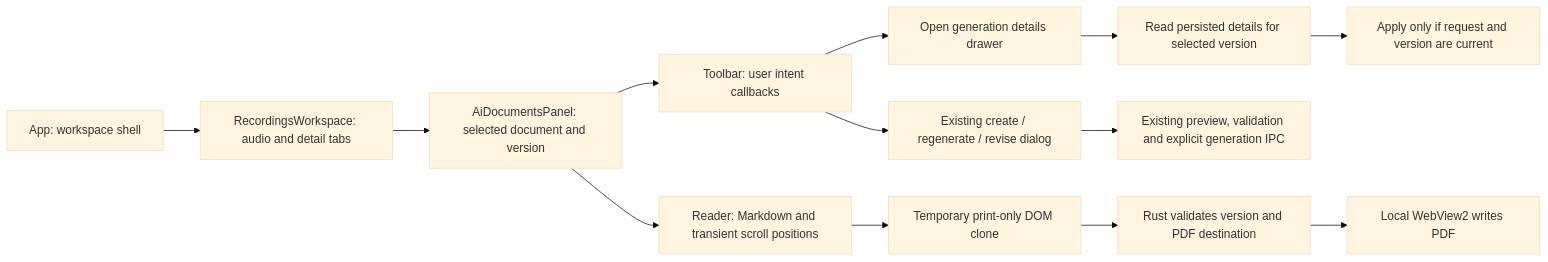
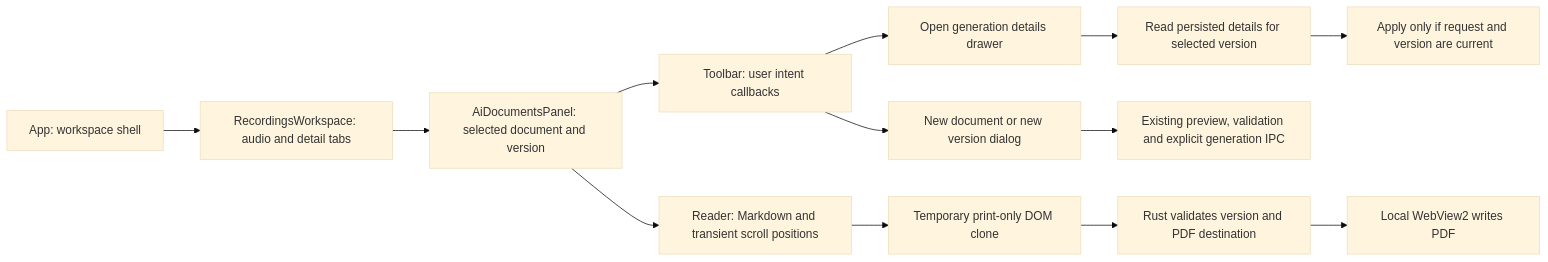
One commit to kwp-lab/nota changed the fifth of 10 diagrams in docs/architecture.md. Above: the diagram before and after it, drawn with Mermaid (base theme). The commit also changed other lines of this file and 18 other files, not shown here.

````diff
--- a/docs/architecture.md
+++ b/docs/architecture.md
@@ -218,15 +218,15 @@
 ```mermaid
 flowchart LR
     A[App: workspace shell] --> B[RecordingsWorkspace: audio and detail tabs]
     B --> C[AiDocumentsPanel: selected document and version]
     C --> D[Toolbar: user intent callbacks]
     C --> E[Reader: Markdown and transient scroll positions]
     D --> F[Open generation details drawer]
     F --> G[Read persisted details for selected version]
     G --> H[Apply only if request and version are current]
-    D --> I[Existing create / regenerate / revise dialog]
+    D --> I[New document or new version dialog]
     I --> J[Existing preview, validation and explicit generation IPC]
     E --> K[Temporary print-only DOM clone]
     K --> L[Rust validates version and PDF destination]
     L --> M[Local WebView2 writes PDF]
 ```
````
